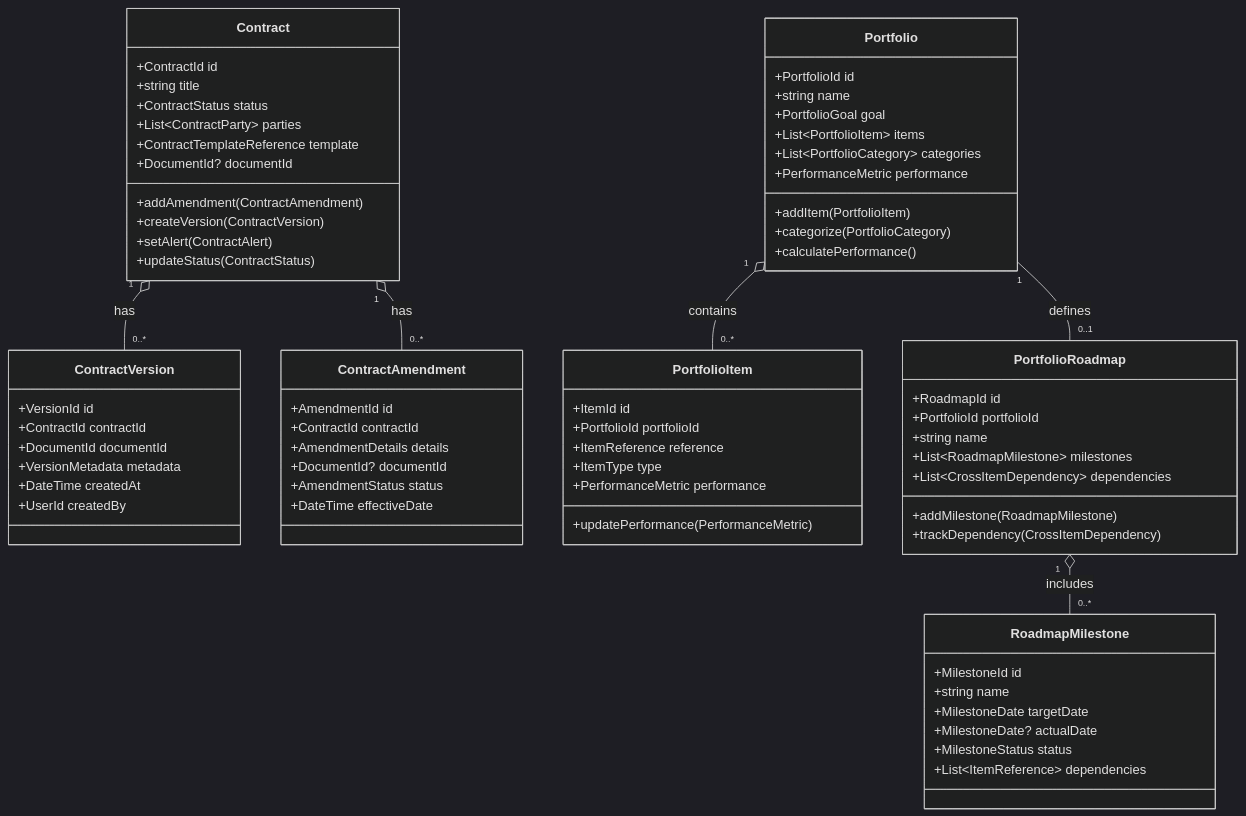
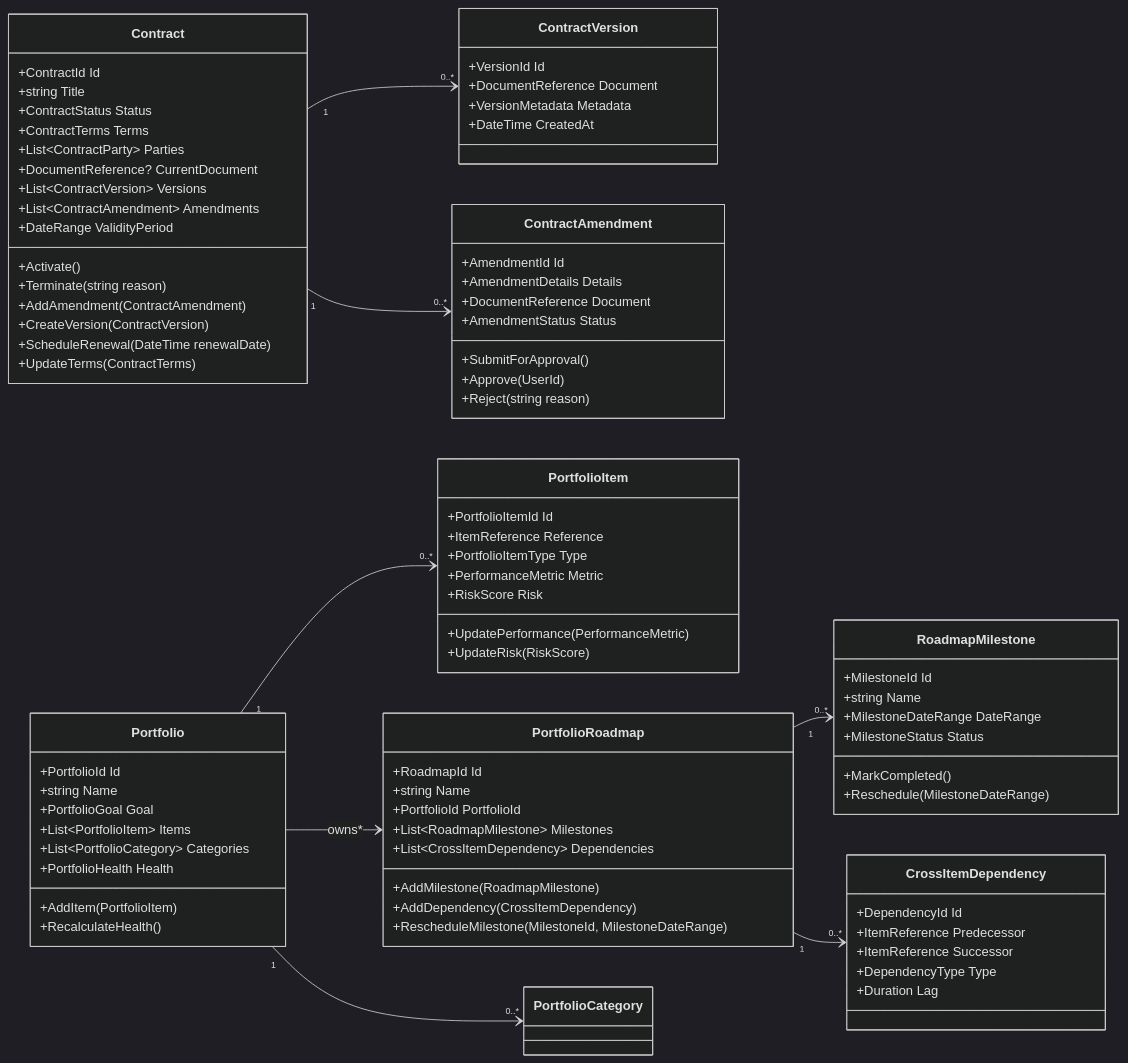
One commit to anuj-noumena/nouassist changed the seventh of 10 diagrams in Docs/Requirement/DomainSpecification/BusinessOperations.md. Above: the diagram before and after it, drawn with Mermaid (dark theme). The commit also changed other lines of this file and 134 other files, not shown here.

````diff
--- a/Docs/Requirement/DomainSpecification/BusinessOperations.md
+++ b/Docs/Requirement/DomainSpecification/BusinessOperations.md
@@ -913,86 +1603,102 @@
 ```mermaid
 classDiagram
+    direction LR
+
+    %% Contract Aggregate
     class Contract {
-        +ContractId id
-        +string title
-        +ContractStatus status
-        +List~ContractParty~ parties
-        +ContractTemplateReference template
-        +DocumentId? documentId
-        +addAmendment(ContractAmendment)
-        +createVersion(ContractVersion)
-        +setAlert(ContractAlert)
-        +updateStatus(ContractStatus)
-    }
-    
-    class Portfolio {
-        +PortfolioId id
-        +string name
-        +PortfolioGoal goal
-        +List~PortfolioItem~ items
-        +List~PortfolioCategory~ categories
-        +PerformanceMetric performance
-        +addItem(PortfolioItem)
-        +categorize(PortfolioCategory)
-        +calculatePerformance()
-    }
-    
-    class PortfolioRoadmap {
-        +RoadmapId id
-        +PortfolioId portfolioId
-        +string name
-        +List~RoadmapMilestone~ milestones
-        +List~CrossItemDependency~ dependencies
-        +addMilestone(RoadmapMilestone)
-        +trackDependency(CrossItemDependency)
-    }
-    
-    class ContractVersion {
-        +VersionId id
-        +ContractId contractId
-        +DocumentId documentId
-        +VersionMetadata metadata
-        +DateTime createdAt
-        +UserId createdBy
-    }
-    
-    class ContractAmendment {
-        +AmendmentId id
-        +ContractId contractId
-        +AmendmentDetails details
-        +DocumentId? documentId
-        +AmendmentStatus status
-        +DateTime effectiveDate
-    }
-    
-    class PortfolioItem {
-        +ItemId id
-        +PortfolioId portfolioId
-        +ItemReference reference
-        +ItemType type
-        +PerformanceMetric performance
-        +updatePerformance(PerformanceMetric)
-    }
-    
-    class RoadmapMilestone {
-        +MilestoneId id
-        +string name
-        +MilestoneDate targetDate
-        +MilestoneDate? actualDate
-        +MilestoneStatus status
-        +List~ItemReference~ dependencies
+        +ContractId Id
+        +string Title
+        +ContractStatus Status
+        +ContractTerms Terms
+        +List~ContractParty~ Parties
+        +DocumentReference? CurrentDocument
+        +List~ContractVersion~ Versions
+        +List~ContractAmendment~ Amendments
+        +DateRange ValidityPeriod
+        +Activate()
+        +Terminate(string reason)
+        +AddAmendment(ContractAmendment)
+        +CreateVersion(ContractVersion)
+        +ScheduleRenewal(DateTime renewalDate)
+        +UpdateTerms(ContractTerms)
     }
 
-    %% A Portfolio can contain many Portfolio Items. This is a strong "composition" relationship.
-    Portfolio "1" o-- "0..*" PortfolioItem : contains
+    class ContractVersion {
+        +VersionId Id
+        +DocumentReference Document
+        +VersionMetadata Metadata
+        +DateTime CreatedAt
+    }
 
-    %% A Portfolio defines zero or one Roadmap. This is more flexible than a strict 1-to-1.
-    Portfolio "1" -- "0..1" PortfolioRoadmap : defines
+    class ContractAmendment {
+        +AmendmentId Id
+        +AmendmentDetails Details
+        +DocumentReference Document
+        +AmendmentStatus Status
+        +SubmitForApproval()
+        +Approve(UserId)
+        +Reject(string reason)
+    }
 
-    %% A Roadmap is broken down into multiple Milestones.
-    PortfolioRoadmap "1" o-- "0..*" RoadmapMilestone : includes
+    %% Portfolio Aggregate
+    class Portfolio {
+        +PortfolioId Id
+        +string Name
+        +PortfolioGoal Goal
+        +List~PortfolioItem~ Items
+        +List~PortfolioCategory~ Categories
+        +PortfolioHealth Health
+        +AddItem(PortfolioItem)
+        +RecalculateHealth()
+    }
 
-    %% A Contract can have multiple Versions and Amendments over its lifecycle.
-    Contract "1" o-- "0..*" ContractVersion : has
-    Contract "1" o-- "0..*" ContractAmendment : has
+    class PortfolioItem {
+        +PortfolioItemId Id
+        +ItemReference Reference
+        +PortfolioItemType Type
+        +PerformanceMetric Metric
+        +RiskScore Risk
+        +UpdatePerformance(PerformanceMetric)
+        +UpdateRisk(RiskScore)
+    }
+
+    %% Roadmap Aggregate
+    class PortfolioRoadmap {
+        +RoadmapId Id
+        +string Name
+        +PortfolioId PortfolioId
+        +List~RoadmapMilestone~ Milestones
+        +List~CrossItemDependency~ Dependencies
+        +AddMilestone(RoadmapMilestone)
+        +AddDependency(CrossItemDependency)
+        +RescheduleMilestone(MilestoneId, MilestoneDateRange)
+    }
+
+    class RoadmapMilestone {
+        +MilestoneId Id
+        +string Name
+        +MilestoneDateRange DateRange
+        +MilestoneStatus Status
+        +MarkCompleted()
+        +Reschedule(MilestoneDateRange)
+    }
+
+    class CrossItemDependency {
+        +DependencyId Id
+        +ItemReference Predecessor
+        +ItemReference Successor
+        +DependencyType Type
+        +Duration Lag
+    }
+
+    %% Relationships
+    Contract "1" --> "0..*" ContractVersion
+    Contract "1" --> "0..*" ContractAmendment
+
+    Portfolio "1" --> "0..*" PortfolioItem
+    Portfolio "1" --> "0..*" PortfolioCategory
+
+    Portfolio --> PortfolioRoadmap : owns*
+    PortfolioRoadmap "1" --> "0..*" RoadmapMilestone
+    PortfolioRoadmap "1" --> "0..*" CrossItemDependency
 ```
````
